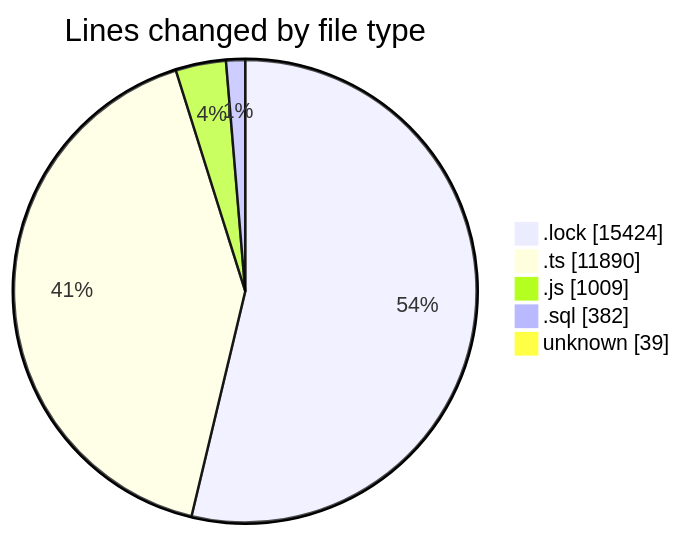
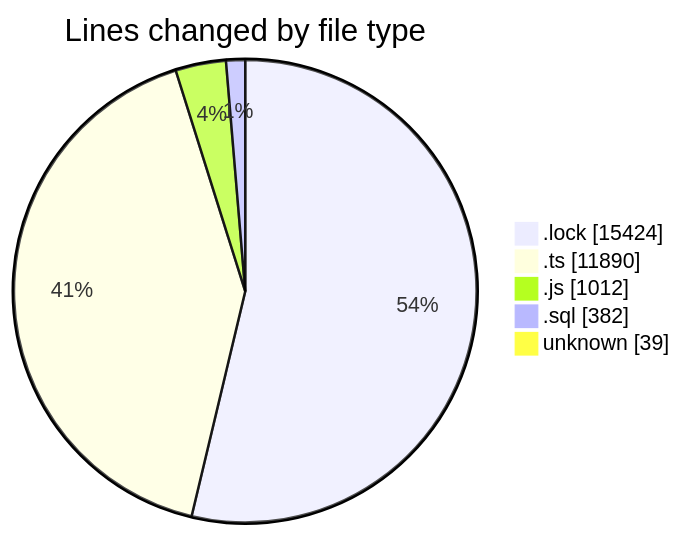
One commit to momahboobian/code-tracking changed the first of 2 diagrams in 2025-05-22/cda/README.md. Above: the diagram before and after it, drawn with Mermaid. The commit also changed other lines of this file and 1 other file, not shown here.

````diff
--- a/2025-05-22/cda/README.md
+++ b/2025-05-22/cda/README.md
@@ -30,9 +30,9 @@
 ```mermaid
 pie showData
 title Lines changed by file type
 ".lock" : 15424
 ".ts" : 11890
-".js" : 1009
+".js" : 1012
 ".sql" : 382
 "unknown" : 39
 ```
````
